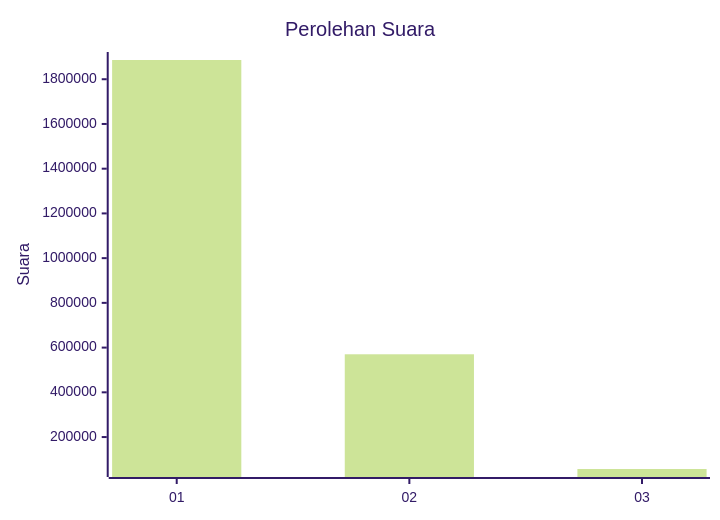
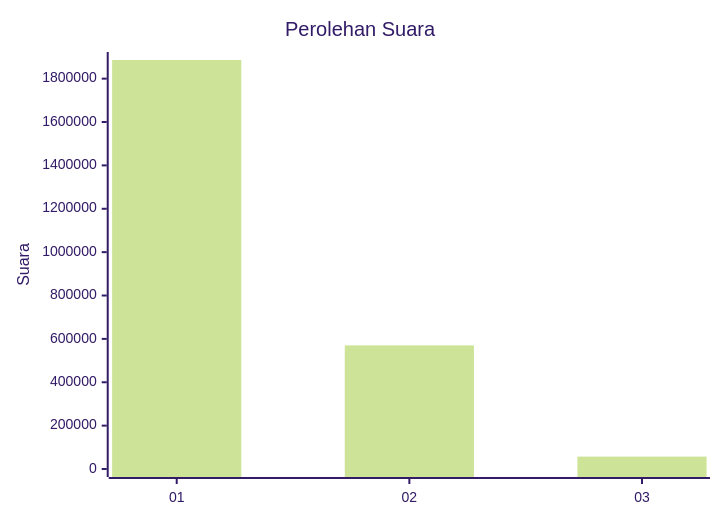
Before and after one commit to gigit-pemilu/pemilu-2024: the first of 2 diagrams in pilpres/hitung-suara/sub/table-wilayah-11.md, drawn with Mermaid (forest theme). The commit also changed 42 other files, not shown here.

````diff
--- a/pilpres/hitung-suara/sub/table-wilayah-11.md
+++ b/pilpres/hitung-suara/sub/table-wilayah-11.md
@@ -7,7 +7,7 @@
 ```mermaid
 xychart-beta
     title "Perolehan Suara"
     x-axis [01, 02, 03]
-    y-axis "Suara"
+    y-axis "Suara" 0 --> 1885991
     bar [1885991, 570090, 57148]
 ```
````
